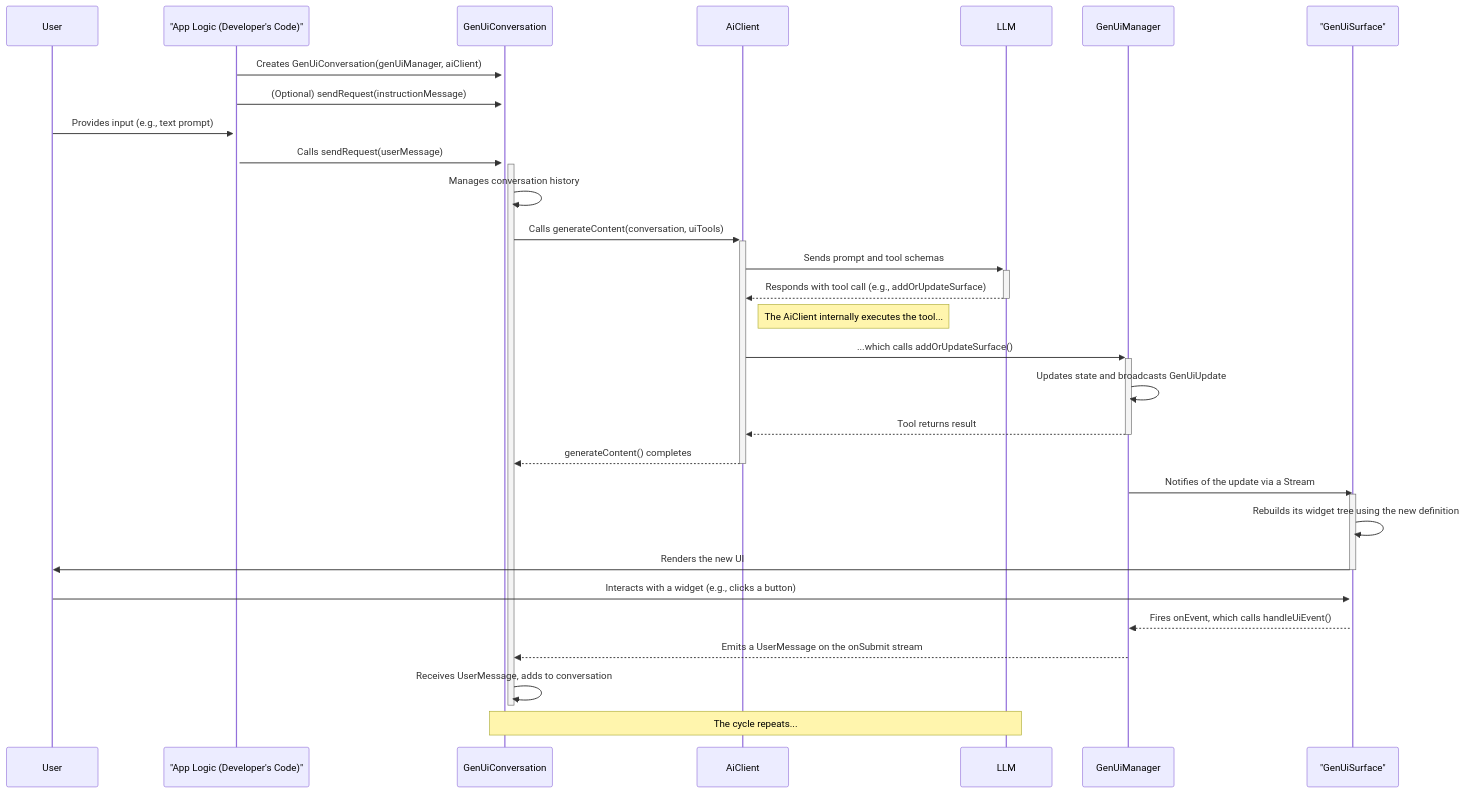
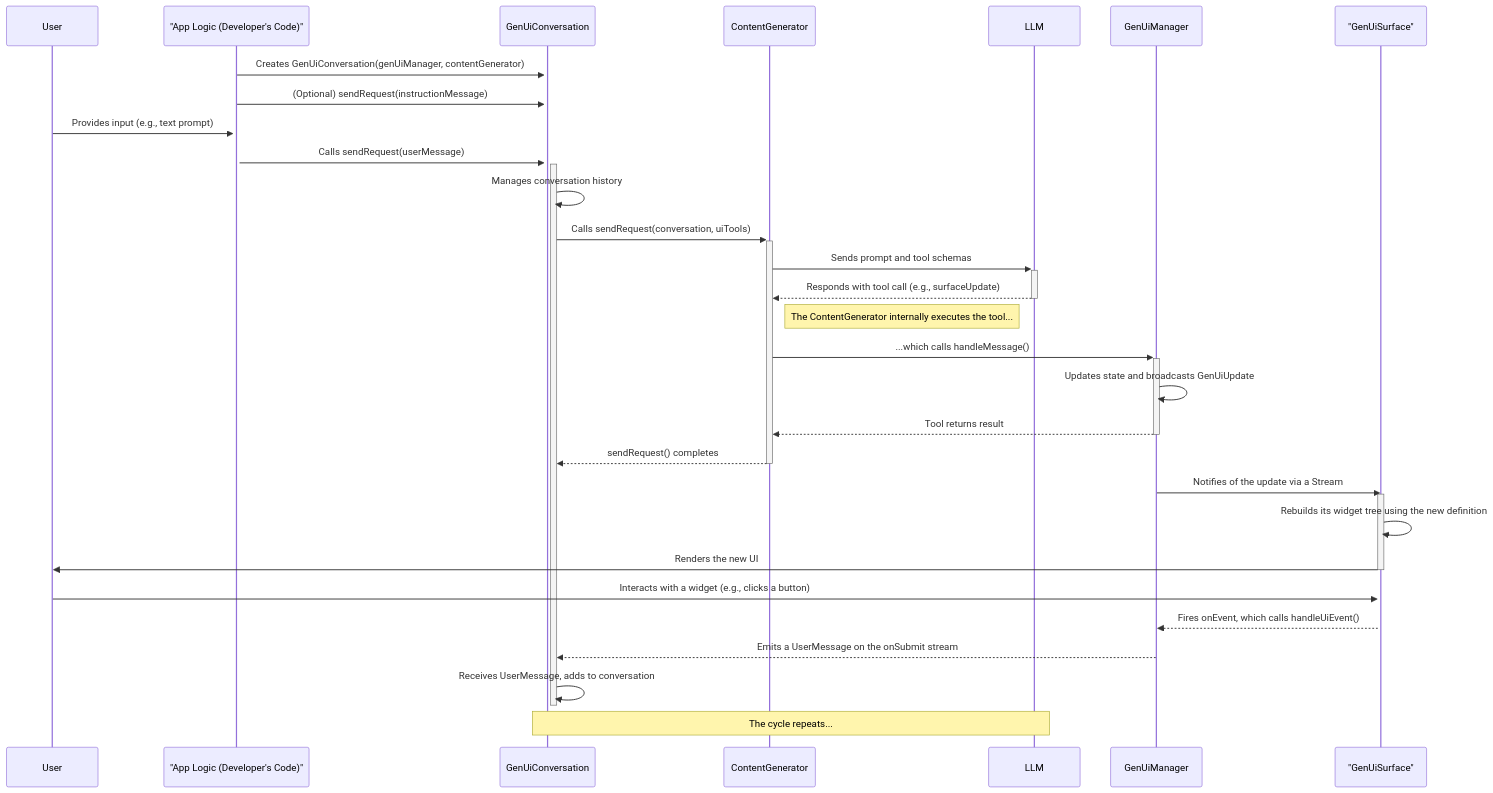
Before and after one commit to flutter/genui: the second of 2 diagrams in packages/flutter_genui/IMPLEMENTATION.md, drawn with Mermaid. The commit also changed other lines of this file and 26 other files, not shown here.

````diff
--- a/packages/flutter_genui/IMPLEMENTATION.md
+++ b/packages/flutter_genui/IMPLEMENTATION.md
@@ -99,41 +97,41 @@
 ```mermaid
 sequenceDiagram
     participant User
     participant AppLogic as "App Logic (Developer's Code)"
     participant GenUiConversation
-    participant AiClient
+    participant ContentGenerator
     participant LLM
     participant GenUiManager
     participant GenUiSurface as "GenUiSurface"
 
-    AppLogic->>+GenUiConversation: Creates GenUiConversation(genUiManager, aiClient)
+    AppLogic->>+GenUiConversation: Creates GenUiConversation(genUiManager, contentGenerator)
     AppLogic->>+GenUiConversation: (Optional) sendRequest(instructionMessage)
 
     User->>+AppLogic: Provides input (e.g., text prompt)
     AppLogic->>+GenUiConversation: Calls sendRequest(userMessage)
     GenUiConversation->>GenUiConversation: Manages conversation history
-    GenUiConversation->>+AiClient: Calls generateContent(conversation, uiTools)
-    AiClient->>+LLM: Sends prompt and tool schemas
-    LLM-->>-AiClient: Responds with tool call (e.g., addOrUpdateSurface)
+    GenUiConversation->>+ContentGenerator: Calls sendRequest(conversation, uiTools)
+    ContentGenerator->>+LLM: Sends prompt and tool schemas
+    LLM-->>-ContentGenerator: Responds with tool call (e.g., surfaceUpdate)
 
-    Note right of AiClient: The AiClient internally executes the tool...
-    AiClient->>+GenUiManager: ...which calls addOrUpdateSurface()
+    Note right of ContentGenerator: The ContentGenerator internally executes the tool...
+    ContentGenerator->>+GenUiManager: ...which calls handleMessage()
     GenUiManager->>GenUiManager: Updates state and broadcasts GenUiUpdate
-    GenUiManager-->>-AiClient: Tool returns result
-    AiClient-->>-GenUiConversation: generateContent() completes
+    GenUiManager-->>-ContentGenerator: Tool returns result
+    ContentGenerator-->>-GenUiConversation: sendRequest() completes
 
     %% The UI updates asynchronously based on the stream
     GenUiManager->>GenUiSurface: Notifies of the update via a Stream
     activate GenUiSurface
     GenUiSurface->>GenUiSurface: Rebuilds its widget tree using the new definition
     GenUiSurface->>User: Renders the new UI
     deactivate GenUiSurface
 
     %% Later, the user interacts
     User->>+GenUiSurface: Interacts with a widget (e.g., clicks a button)
     GenUiSurface-->>GenUiManager: Fires onEvent, which calls handleUiEvent()
     GenUiManager-->>GenUiConversation: Emits a UserMessage on the onSubmit stream
     GenUiConversation->>GenUiConversation: Receives UserMessage, adds to conversation
     deactivate GenUiConversation
     Note over GenUiConversation, LLM: The cycle repeats...
 ```
````
